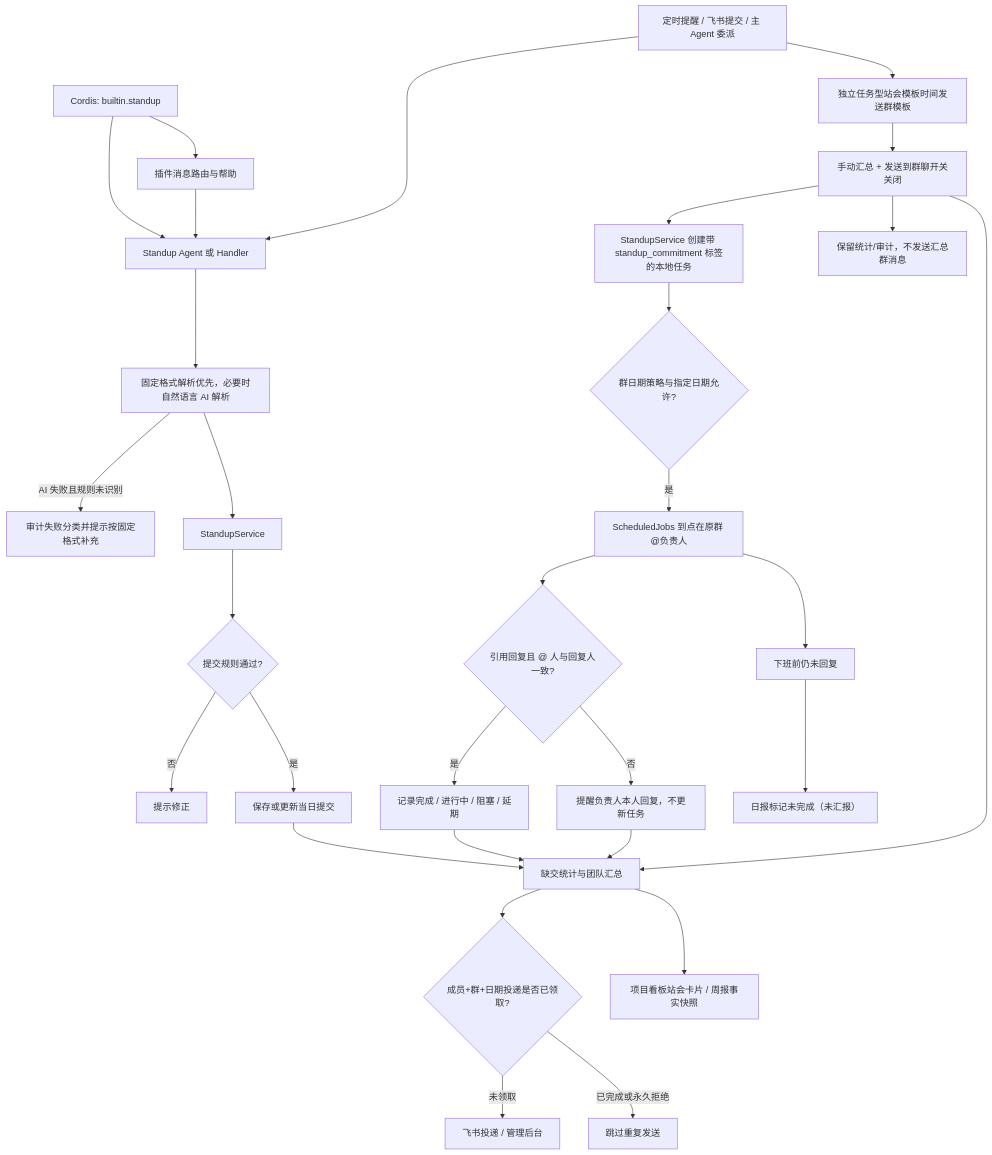
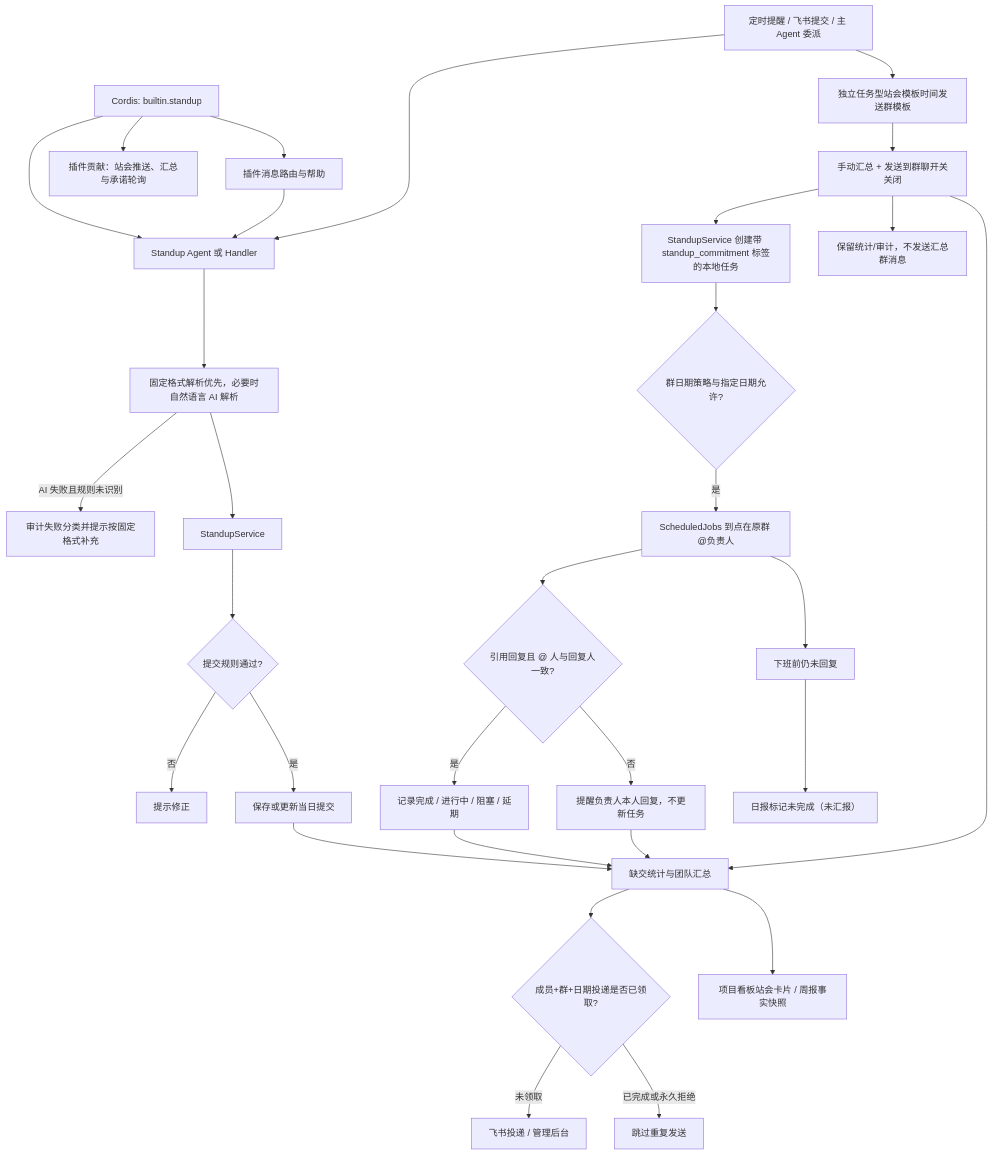
One commit to KlayPeter/AI-Delivery-Ops-Agent changed the diagram in backend/src/domains/standup/FEATURE.md. Above: the diagram before and after it, drawn with Mermaid. The commit also changed other lines of this file and 37 other files, not shown here.

````diff
--- a/backend/src/domains/standup/FEATURE.md
+++ b/backend/src/domains/standup/FEATURE.md
@@ -22,32 +22,33 @@
 ```mermaid
 flowchart TD
     PL["Cordis: builtin.standup"] --> B
     PL --> MR["插件消息路由与帮助"]
+    PL --> GS["插件贡献：站会推送、汇总与承诺轮询"]
     MR --> B
     A["定时提醒 / 飞书提交 / 主 Agent 委派"] --> B["Standup Agent 或 Handler"]
     B --> C["固定格式解析优先，必要时自然语言 AI 解析"]
     C -- "AI 失败且规则未识别" --> X["审计失败分类并提示按固定格式补充"]
     C --> D["StandupService"]
     D --> E{"提交规则通过?"}
     E -- 否 --> F["提示修正"]
     E -- 是 --> G["保存或更新当日提交"]
     G --> H["缺交统计与团队汇总"]
     A --> M["独立任务型站会模板时间发送群模板"]
     M --> M2["成员引用模板 @负责人登记事项和交付时间"]
     M2 --> N["StandupService 创建带 standup_commitment 标签的本地任务"]
     N --> HC{"群日期策略与指定日期允许?"}
     HC -- "是" --> O["ScheduledJobs 到点在原群 @负责人"]
     O --> P{"引用回复且 @ 人与回复人一致?"}
     P -- "是" --> Q["记录完成 / 进行中 / 阻塞 / 延期"]
     P -- "否" --> R["提醒负责人本人回复，不更新任务"]
     O --> R2["下班前仍未回复"]
     R2 --> R3["日报标记未完成（未汇报）"]
     Q --> H
     R --> H
     H --> K{"成员+群+日期投递是否已领取?"}
     K -- "未领取" --> I["飞书投递 / 管理后台"]
     K -- "已完成或永久拒绝" --> L["跳过重复发送"]
     M2["手动汇总 + 发送到群聊开关关闭"] --> H
     M2 --> N2["保留统计/审计，不发送汇总群消息"]
     H --> J["项目看板站会卡片 / 周报事实快照"]
 ```
````
